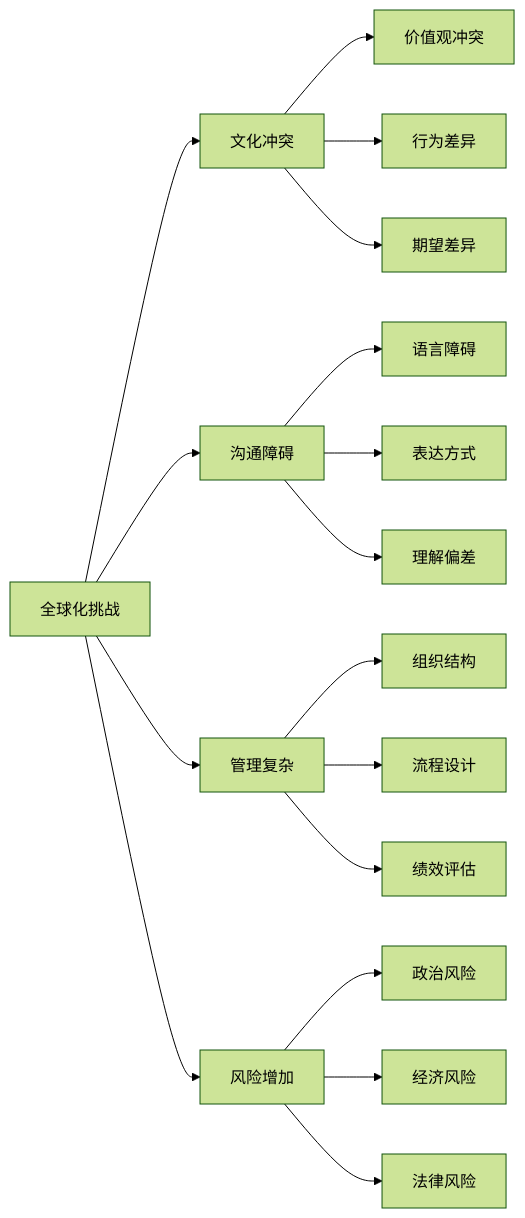
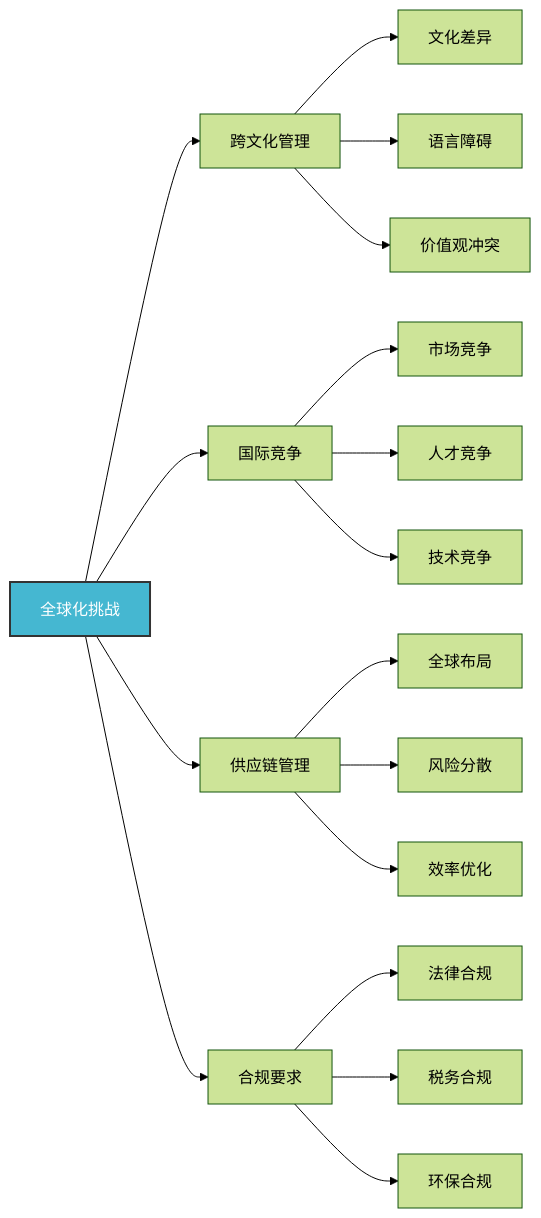
The third of 9 diagrams in 企业领导力/01-基础认知层/04-现代领导力挑战.md (Anping2017/obsidian), drawn with Mermaid (forest theme) before and after one commit. The commit also changed other lines of this file and 8 other files, not shown here.

````diff
--- a/企业领导力/01-基础认知层/04-现代领导力挑战.md
+++ b/企业领导力/01-基础认知层/04-现代领导力挑战.md
@@ -69,23 +70,25 @@
 ```mermaid
 graph LR
-    A[全球化挑战] --> B[文化冲突]
-    A --> C[沟通障碍]
-    A --> D[管理复杂]
-    A --> E[风险增加]
+    A[全球化挑战] --> B[跨文化管理]
+    A --> C[国际竞争]
+    A --> D[供应链管理]
+    A --> E[合规要求]
     
-    B --> B1[价值观冲突]
-    B --> B2[行为差异]
-    B --> B3[期望差异]
+    B --> B1[文化差异]
+    B --> B2[语言障碍]
+    B --> B3[价值观冲突]
     
-    C --> C1[语言障碍]
-    C --> C2[表达方式]
-    C --> C3[理解偏差]
+    C --> C1[市场竞争]
+    C --> C2[人才竞争]
+    C --> C3[技术竞争]
     
-    D --> D1[组织结构]
-    D --> D2[流程设计]
-    D --> D3[绩效评估]
+    D --> D1[全球布局]
+    D --> D2[风险分散]
+    D --> D3[效率优化]
     
-    E --> E1[政治风险]
-    E --> E2[经济风险]
-    E --> E3[法律风险]
+    E --> E1[法律合规]
+    E --> E2[税务合规]
+    E --> E3[环保合规]
+    
+    style A fill:#45b7d1,stroke:#333,stroke-width:2px,color:#fff
 ```
````
